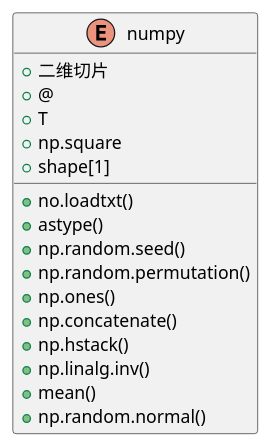
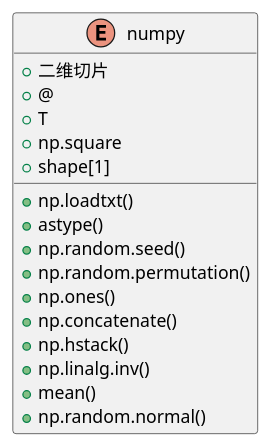
The diagram in algorithm/machine-learning/00线性回归/逻辑分析/numpy.puml (AlleyNorthward/Learning-Computers), drawn with PlantUML before and after one commit. The commit also changed 474 other files, not shown here.

```diff
--- a/algorithm/machine-learning/00线性回归/逻辑分析/numpy.puml
+++ b/algorithm/machine-learning/00线性回归/逻辑分析/numpy.puml
@@ -1,19 +1,19 @@
 @startuml numpy
 enum numpy{
-    + no.loadtxt()
+    + np.loadtxt()
     + astype()
     + np.random.seed()
     + np.random.permutation()
     + 二维切片
     + np.ones()
     + np.concatenate()
     + np.hstack()
     + np.linalg.inv()
     + @
     + T
     + np.square
     + mean()
     + np.random.normal()
     + shape[1]
 }
 @enduml
```
